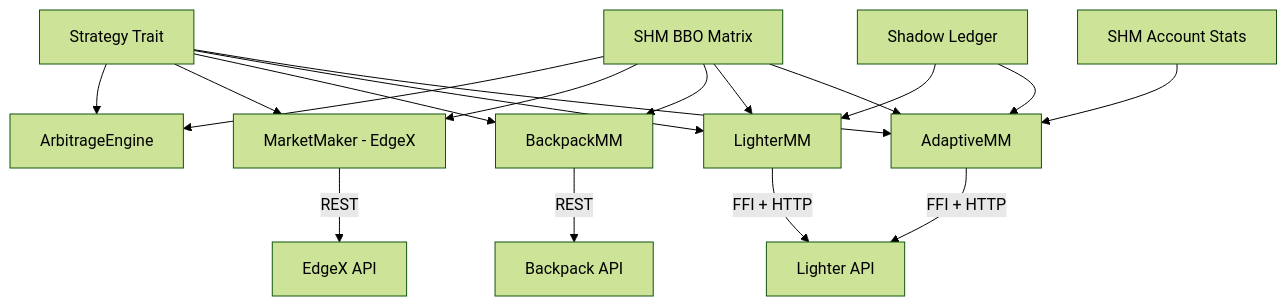
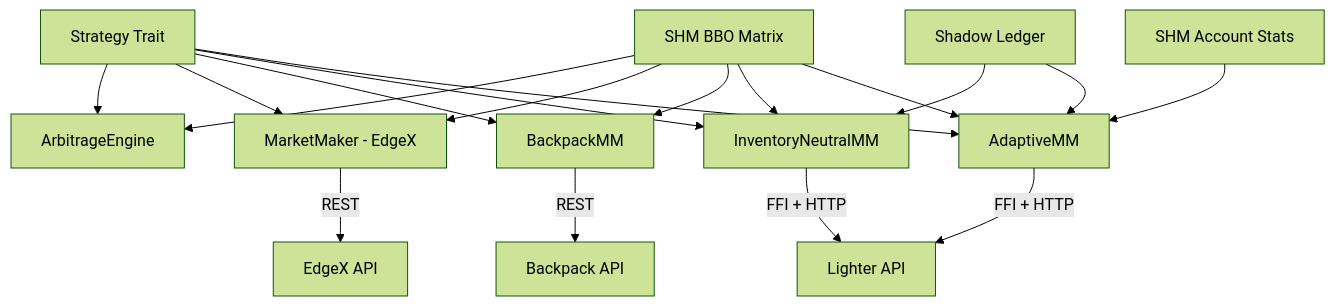
Before and after one commit to AlephTX/aleph-tx: the diagram in src/strategy/CLAUDE.md, drawn with Mermaid (forest theme). The commit also changed other lines of this file and 11 other files, not shown here.

````diff
--- a/src/strategy/CLAUDE.md
+++ b/src/strategy/CLAUDE.md
@@ -34,16 +35,16 @@
 ```mermaid
 graph TD
     TRAIT[Strategy Trait] --> ARB[ArbitrageEngine]
     TRAIT --> MM[MarketMaker - EdgeX]
     TRAIT --> BPM[BackpackMM]
-    TRAIT --> LMM[LighterMM]
+    TRAIT --> LMM[InventoryNeutralMM]
     TRAIT --> AMM[AdaptiveMM]
 
     SHM[SHM BBO Matrix] --> ARB & MM & BPM & LMM & AMM
     ACC[SHM Account Stats] --> AMM
     SL[Shadow Ledger] --> LMM & AMM
 
     LMM & AMM -->|FFI + HTTP| LIGHTER[Lighter API]
     MM -->|REST| EDGEX[EdgeX API]
     BPM -->|REST| BACKPACK[Backpack API]
 ```
````
